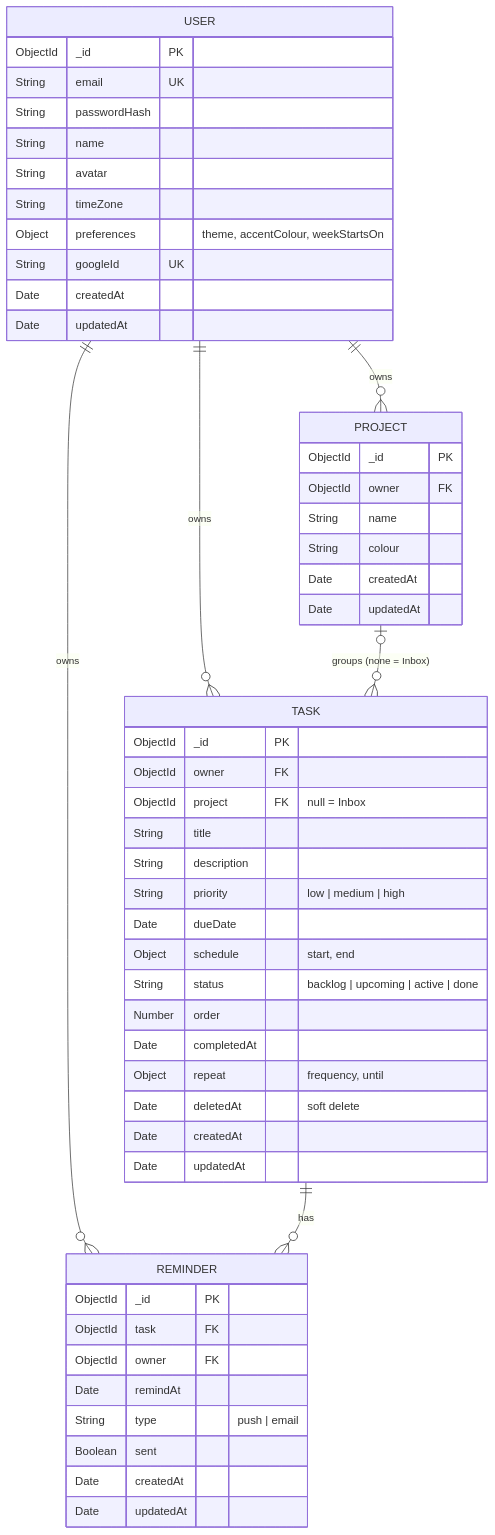
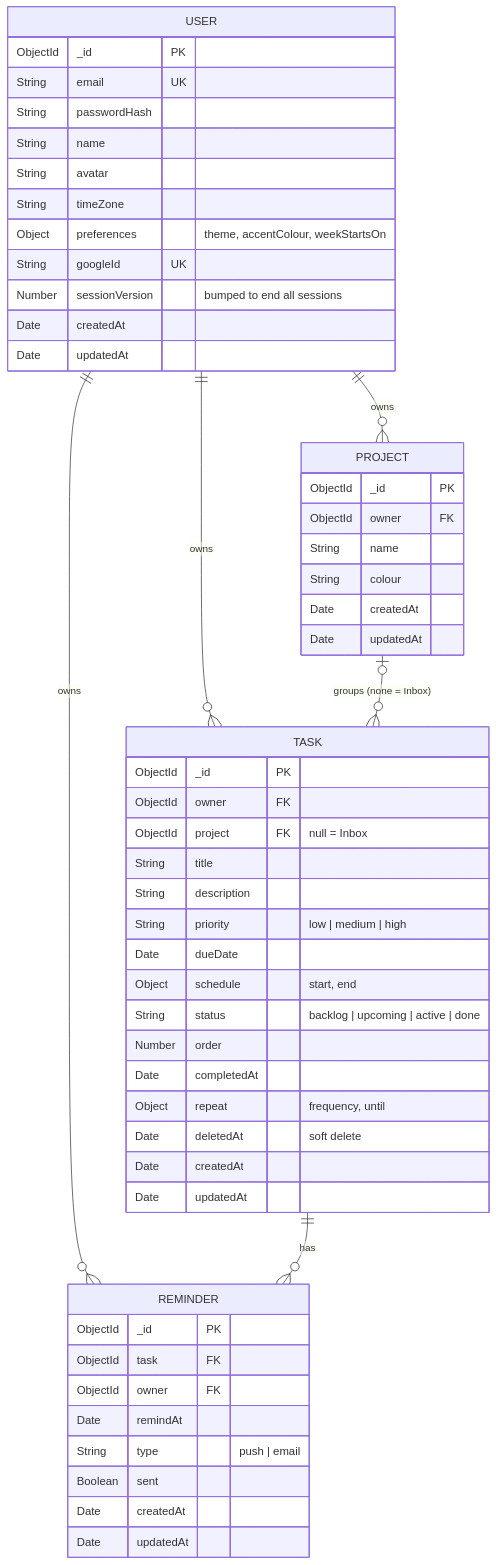
Before and after one commit to khang-ngo4444/VCD_Agendal: the diagram in docs/erd.mmd, drawn with Mermaid. The commit also changed 1 other file, not shown here.

Commit message:
Add sessionVersion to User

```diff
--- a/docs/erd.mmd
+++ b/docs/erd.mmd
@@ -1,56 +1,57 @@
 %% Source for docs/erd.png. Re-render after editing:
 %% npx -y @mermaid-js/mermaid-cli -i docs/erd.mmd -o docs/erd.png -b white -s 2
 erDiagram
     USER ||--o{ PROJECT : owns
     USER ||--o{ TASK : owns
     USER ||--o{ REMINDER : owns
     PROJECT |o--o{ TASK : "groups (none = Inbox)"
     TASK ||--o{ REMINDER : has
 
     USER {
         ObjectId _id PK
         String email UK
         String passwordHash
         String name
         String avatar
         String timeZone
         Object preferences "theme, accentColour, weekStartsOn"
         String googleId UK
+        Number sessionVersion "bumped to end all sessions"
         Date createdAt
         Date updatedAt
     }
     PROJECT {
         ObjectId _id PK
         ObjectId owner FK
         String name
         String colour
         Date createdAt
         Date updatedAt
     }
     TASK {
         ObjectId _id PK
         ObjectId owner FK
         ObjectId project FK "null = Inbox"
         String title
         String description
         String priority "low | medium | high"
         Date dueDate
         Object schedule "start, end"
         String status "backlog | upcoming | active | done"
         Number order
         Date completedAt
         Object repeat "frequency, until"
         Date deletedAt "soft delete"
         Date createdAt
         Date updatedAt
     }
     REMINDER {
         ObjectId _id PK
         ObjectId task FK
         ObjectId owner FK
         Date remindAt
         String type "push | email"
         Boolean sent
         Date createdAt
         Date updatedAt
     }
```
